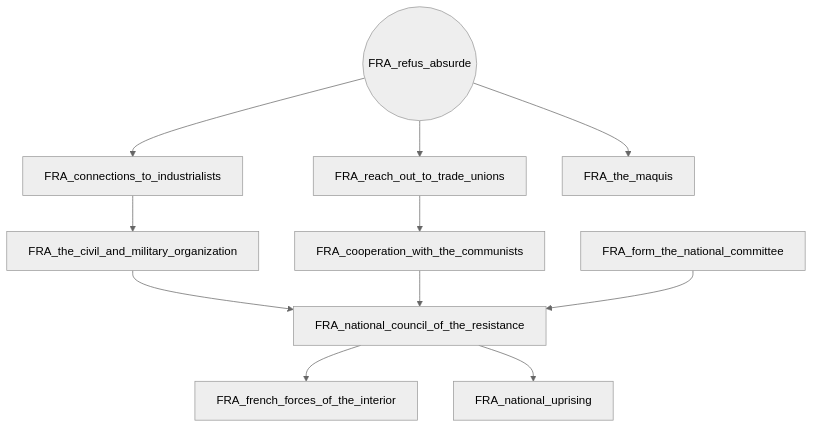
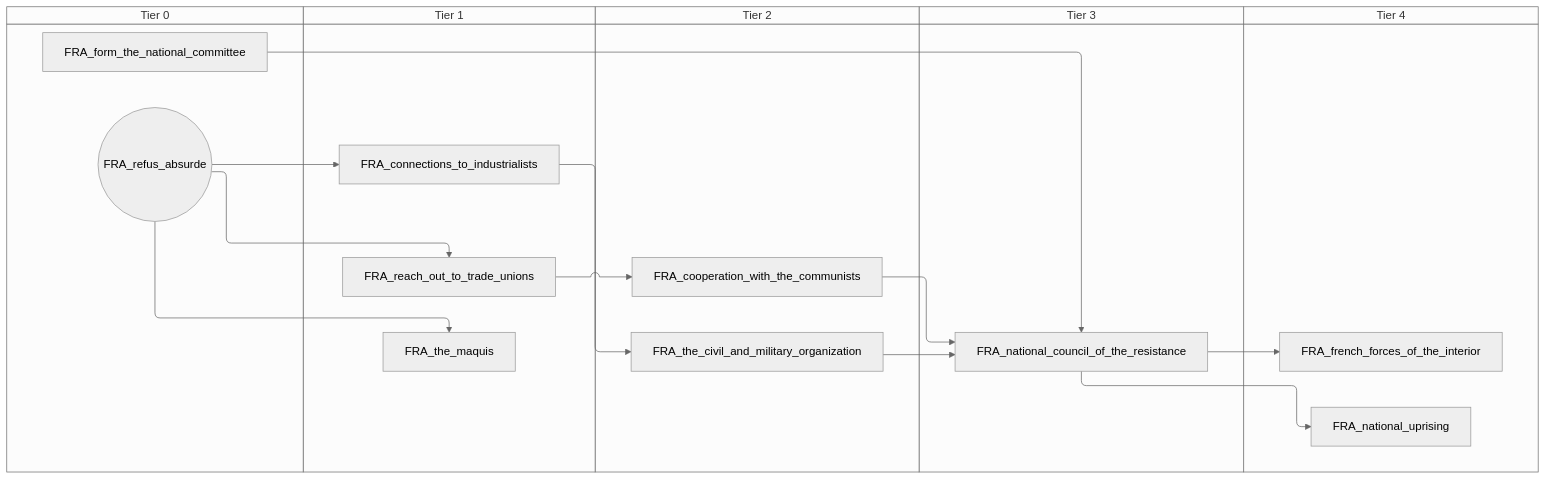
Before and after one commit to evgeny-sobol/hoi4-sandbox-mode-r56: the second of 2 diagrams in docs/gdd/National Focuses/free_france.md, drawn with Mermaid (neutral theme). The commit also changed other lines of this file and 423 other files, not shown here.

First line of the commit message:
Re-export Rt56 focus trees as swimlane diagrams

````diff
--- a/docs/gdd/National Focuses/free_france.md
+++ b/docs/gdd/National Focuses/free_france.md
@@ -65,23 +77,33 @@
 ```mermaid
-flowchart TD
-    n27["FRA_connections_to_industrialists"]
-    n6["FRA_cooperation_with_the_communists"]
-    n9["FRA_form_the_national_committee"]
-    n11["FRA_french_forces_of_the_interior"]
-    n20["FRA_national_council_of_the_resistance"]
-    n21["FRA_national_uprising"]
-    n28["FRA_reach_out_to_trade_unions"]
-    n29(("FRA_refus_absurde"))
-    n24["FRA_the_civil_and_military_organization"]
-    n30["FRA_the_maquis"]
-    n29 --> n27
-    n28 --> n6
-    n20 --> n11
-    n24 --> n20
-    n6 --> n20
-    n9 --> n20
-    n20 --> n21
-    n29 --> n28
-    n27 --> n24
-    n29 --> n30
+swimlane-beta TD
+    subgraph tier_0["Tier 0"]
+        n19["FRA_form_the_national_committee"]
+        n27(("FRA_refus_absurde"))
+    end
+    subgraph tier_1["Tier 1"]
+        n28["FRA_connections_to_industrialists"]
+        n29["FRA_reach_out_to_trade_unions"]
+        n30["FRA_the_maquis"]
+    end
+    subgraph tier_2["Tier 2"]
+        n2["FRA_cooperation_with_the_communists"]
+        n3["FRA_the_civil_and_military_organization"]
+    end
+    subgraph tier_3["Tier 3"]
+        n24["FRA_national_council_of_the_resistance"]
+    end
+    subgraph tier_4["Tier 4"]
+        n25["FRA_french_forces_of_the_interior"]
+        n26["FRA_national_uprising"]
+    end
+    n27 --> n28
+    n29 --> n2
+    n24 --> n25
+    n3 --> n24
+    n2 --> n24
+    n19 --> n24
+    n24 --> n26
+    n27 --> n29
+    n28 --> n3
+    n27 --> n30
 ```
````
